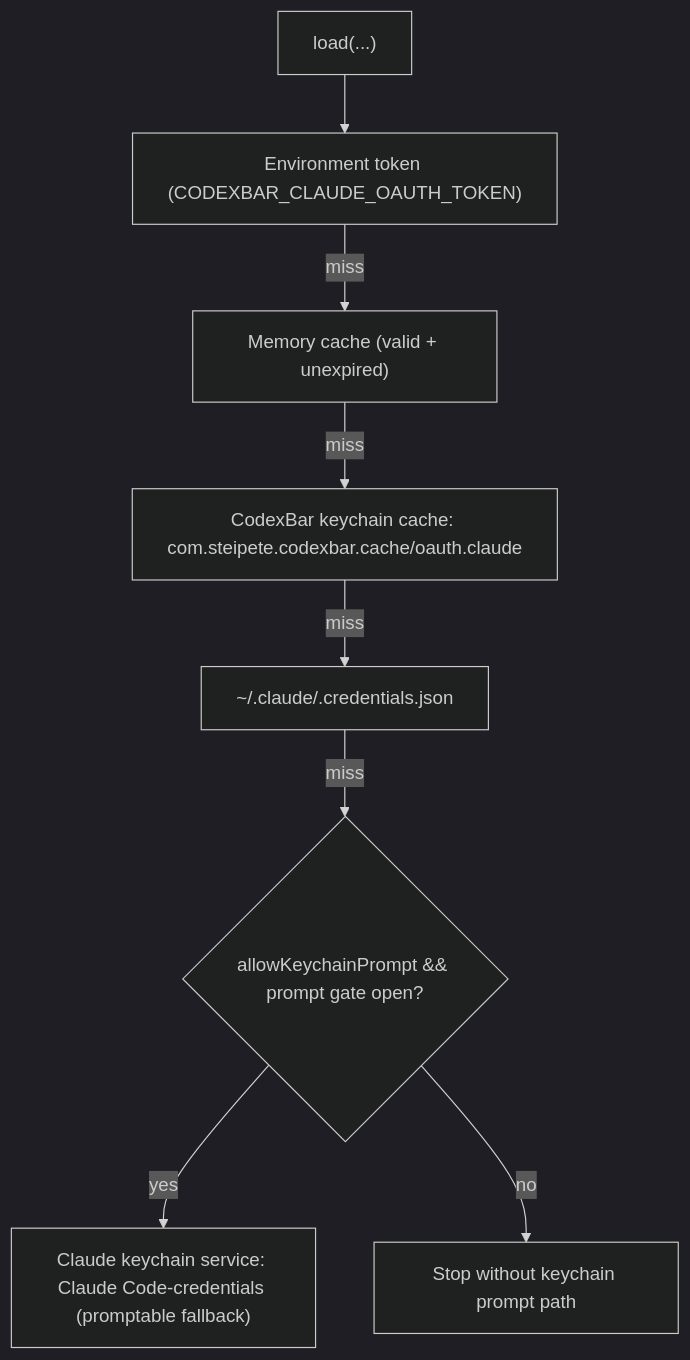
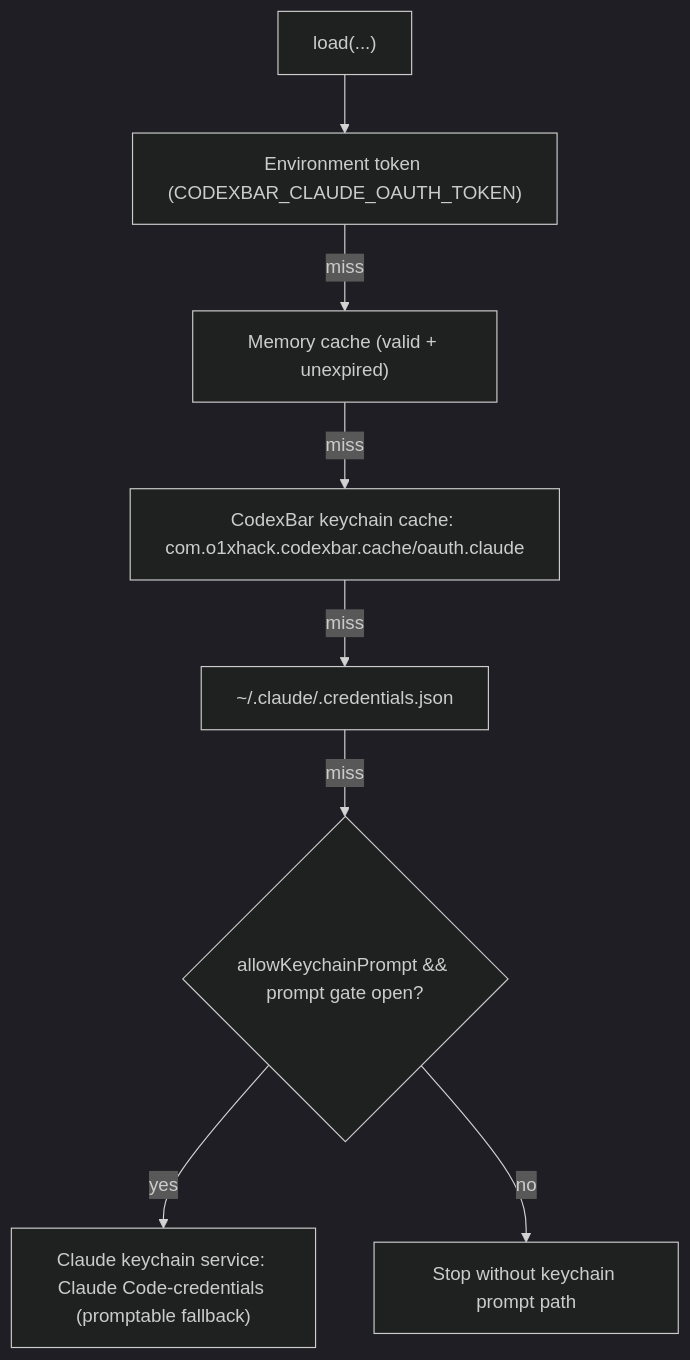
The third of 10 diagrams in docs/claude-comparison-since-0.18.0beta2.md (ColumbusLabs/QuotaKit), drawn with Mermaid (dark theme) before and after one commit. The commit also changed 43 other files, not shown here.

First line of the commit message:
chore: rebrand from steipete to o1xhack and unify iOS bundle IDs

````diff
--- a/docs/claude-comparison-since-0.18.0beta2.md
+++ b/docs/claude-comparison-since-0.18.0beta2.md
@@ -69,10 +69,10 @@
 ```mermaid
 flowchart TD
     A["load(...)"] --> B["Environment token (CODEXBAR_CLAUDE_OAUTH_TOKEN)"]
     B -->|miss| C["Memory cache (valid + unexpired)"]
-    C -->|miss| D["CodexBar keychain cache: com.steipete.codexbar.cache/oauth.claude"]
+    C -->|miss| D["CodexBar keychain cache: com.o1xhack.codexbar.cache/oauth.claude"]
     D -->|miss| E["~/.claude/.credentials.json"]
     E -->|miss| F{"allowKeychainPrompt && prompt gate open?"}
     F -- "yes" --> G["Claude keychain service: Claude Code-credentials (promptable fallback)"]
     F -- "no" --> H["Stop without keychain prompt path"]
 ```
````
